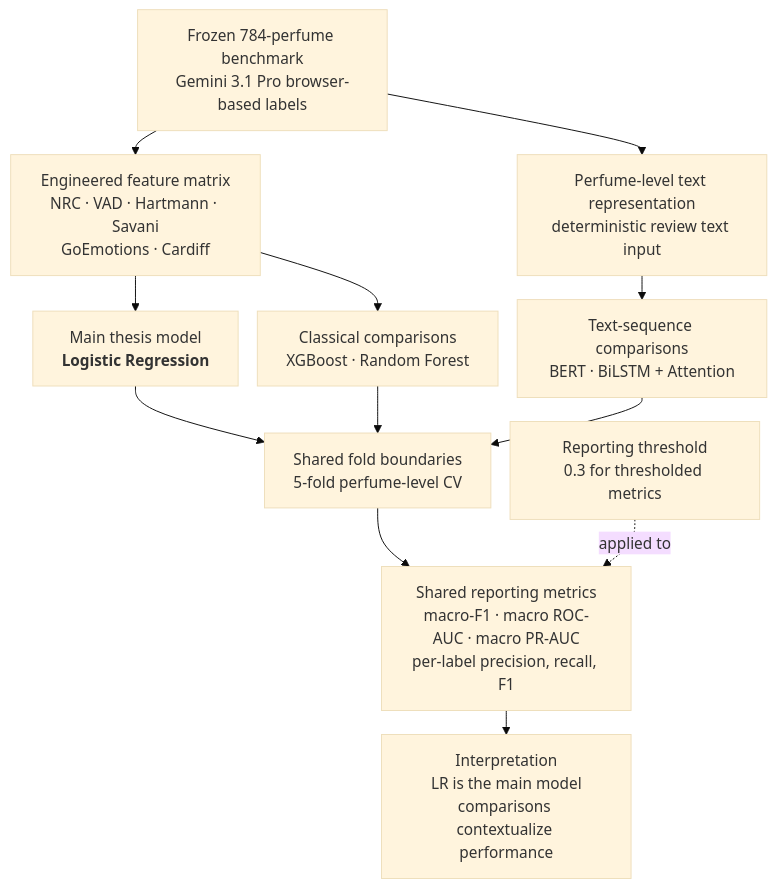
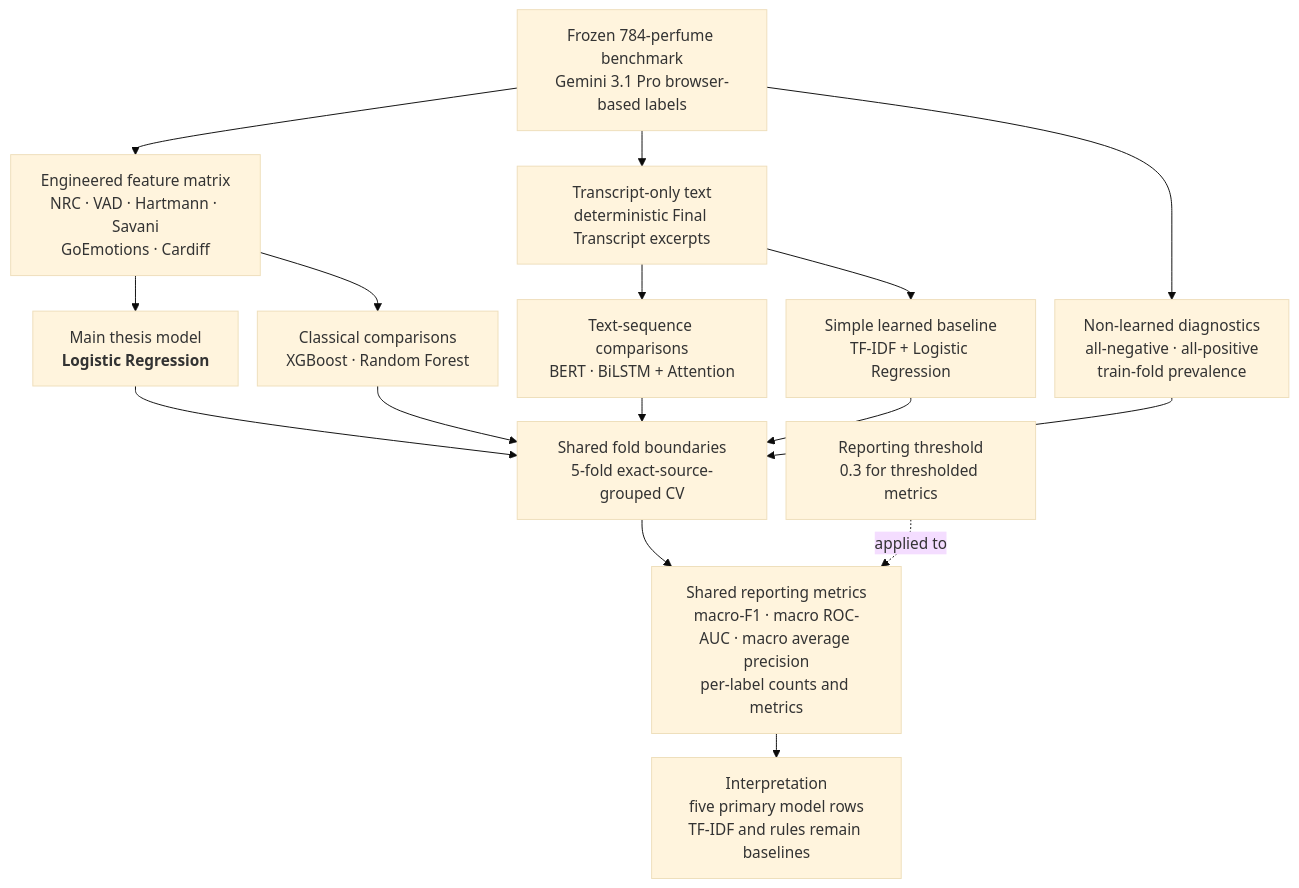
Before and after one commit to ececanga/Sentiment-Analysis-for-Perfume-Reviews: the diagram in docs/thesis/mermaid diagrams/mermaid codes/figure_3_4_model_comparison_branches.mmd, drawn with Mermaid (base theme). The commit also changed 11 other files, not shown here.

Commit message:
docs(thesis): align Chapter 3 with source-grouped evaluation

```diff
--- a/docs/thesis/mermaid diagrams/mermaid codes/figure_3_4_model_comparison_branches.mmd
+++ b/docs/thesis/mermaid diagrams/mermaid codes/figure_3_4_model_comparison_branches.mmd
@@ -1,26 +1,30 @@
 ---
 config:
   layout: dagre
   flowchart:
     nodeSpacing: 20
     rankSpacing: 25
 ---
 flowchart TD
     A["Frozen 784-perfume benchmark<br/>Gemini 3.1 Pro browser-based labels"]
 
     A --> B["Engineered feature matrix<br/>NRC · VAD · Hartmann · Savani<br/>GoEmotions · Cardiff"]
-    A --> C["Perfume-level text representation<br/>deterministic review text input"]
+    A --> C["Transcript-only text<br/>deterministic Final Transcript excerpts"]
 
     B --> D["Main thesis model<br/><b>Logistic Regression</b>"]
     B --> E["Classical comparisons<br/>XGBoost · Random Forest"]
     C --> F["Text-sequence comparisons<br/>BERT · BiLSTM + Attention"]
+    C --> T["Simple learned baseline<br/>TF-IDF + Logistic Regression"]
+    A --> R["Non-learned diagnostics<br/>all-negative · all-positive<br/>train-fold prevalence"]
 
-    D --> G["Shared fold boundaries<br/>5-fold perfume-level CV"]
+    D --> G["Shared fold boundaries<br/>5-fold exact-source-grouped CV"]
     E --> G
     F --> G
+    T --> G
+    R --> G
 
-    G --> H["Shared reporting metrics<br/>macro-F1 · macro ROC-AUC · macro PR-AUC<br/>per-label precision, recall, F1"]
+    G --> H["Shared reporting metrics<br/>macro-F1 · macro ROC-AUC · macro average precision<br/>per-label counts and metrics"]
 
-    H --> I["Interpretation<br/>LR is the main model<br/>comparisons contextualize performance"]
+    H --> I["Interpretation<br/>five primary model rows<br/>TF-IDF and rules remain baselines"]
 
     J["Reporting threshold<br/>0.3 for thresholded metrics"] -. applied to .-> H
```
